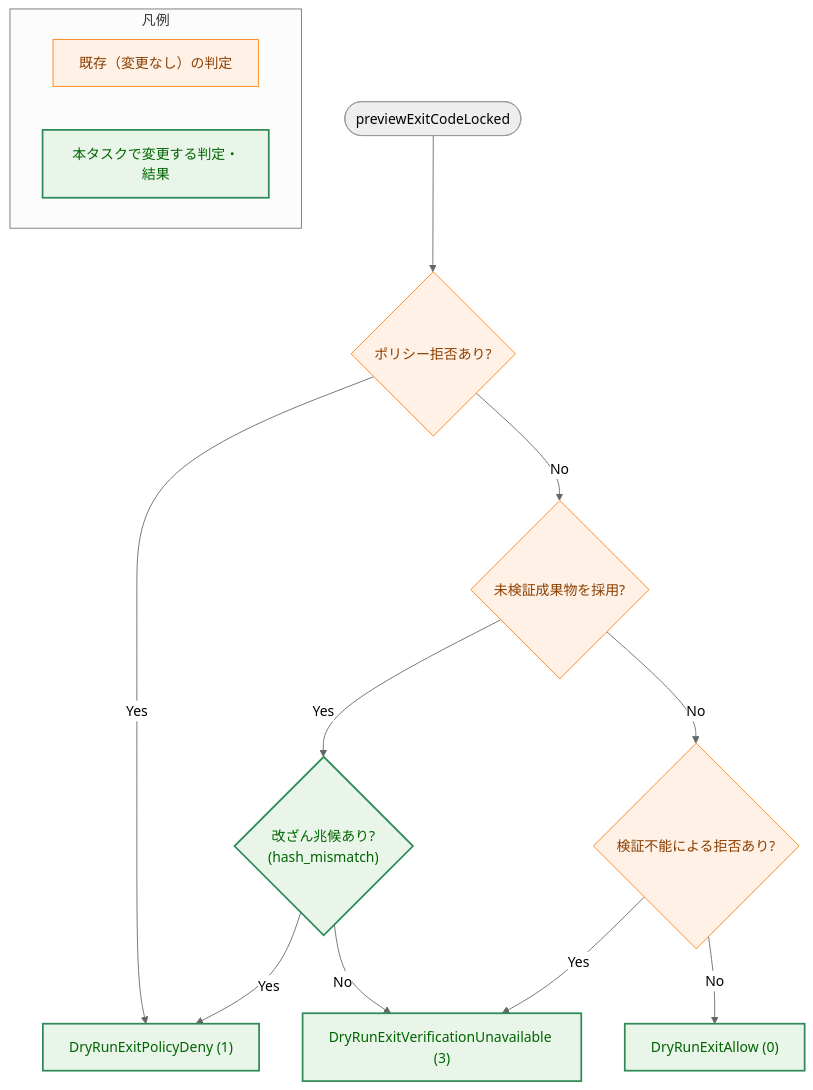
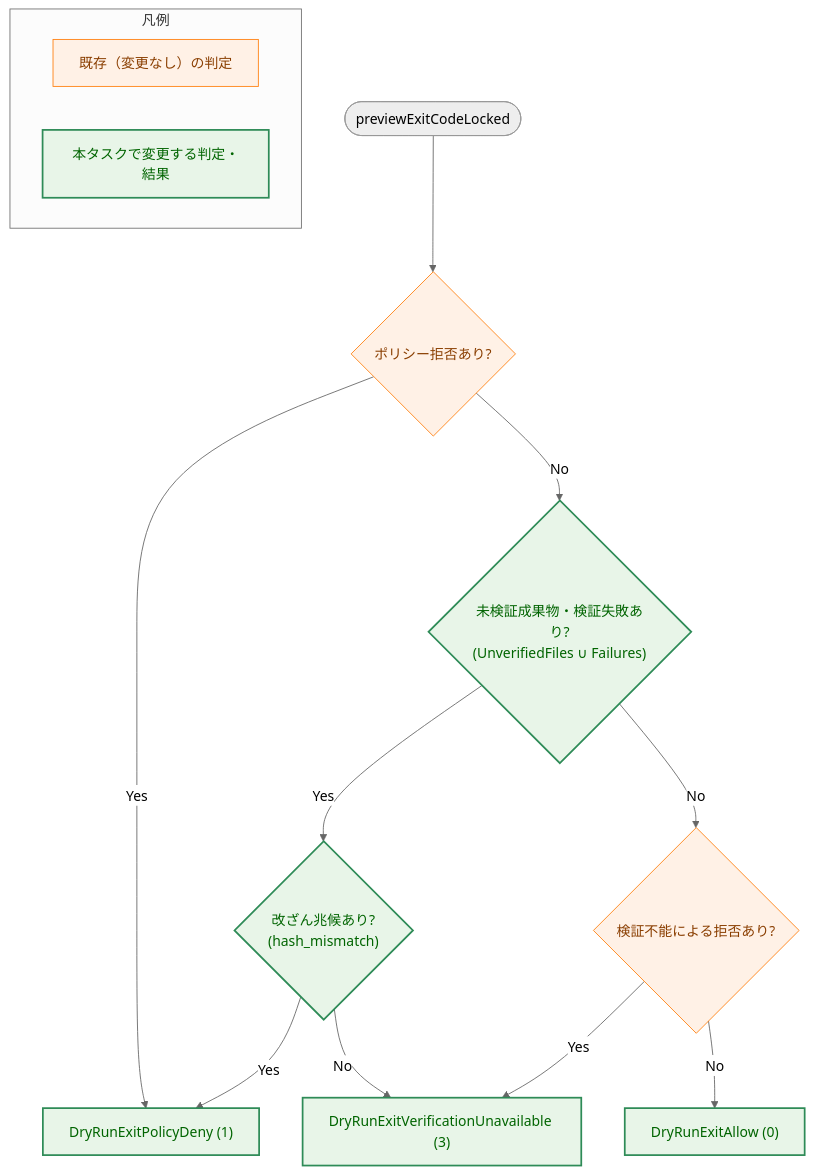
Before and after one commit to isseis/go-safe-cmd-runner: the seventh of 7 diagrams in docs/tasks/0147_dry_run_strict_unverified_default/02_architecture.md, drawn with Mermaid (neutral theme). The commit also changed other lines of this file and 1 other file, not shown here.

````diff
--- a/docs/tasks/0147_dry_run_strict_unverified_default/02_architecture.md
+++ b/docs/tasks/0147_dry_run_strict_unverified_default/02_architecture.md
@@ -701,24 +760,24 @@
 ```mermaid
 flowchart TD
     classDef enhanced fill:#e8f5e8,stroke:#2e8b57,stroke-width:2px,color:#006400;
     classDef process fill:#fff1e6,stroke:#ff7f0e,stroke-width:1px,color:#8a3e00;
 
     Start(["previewExitCodeLocked"]) --> PD{"ポリシー拒否あり?"}
     PD -->|"Yes"| E1["DryRunExitPolicyDeny (1)"]
-    PD -->|"No"| UC{"未検証成果物を採用?"}
+    PD -->|"No"| UC{"未検証成果物・検証失敗あり?<br>(UnverifiedFiles ∪ Failures)"}
     UC -->|"Yes"| TS{"改ざん兆候あり?<br>(hash_mismatch)"}
     TS -->|"Yes"| E1
     TS -->|"No"| E3["DryRunExitVerificationUnavailable (3)"]
     UC -->|"No"| VU{"検証不能による拒否あり?"}
     VU -->|"Yes"| E3
     VU -->|"No"| E0["DryRunExitAllow (0)"]
 
-    class PD,UC,VU process
-    class TS,E1,E3,E0 enhanced
+    class PD,VU process
+    class UC,TS,E1,E3,E0 enhanced
 
     subgraph Legend["凡例"]
         direction LR
         LP["既存（変更なし）の判定"]:::process
         LE["本タスクで変更する判定・結果"]:::enhanced
     end
 ```
````
